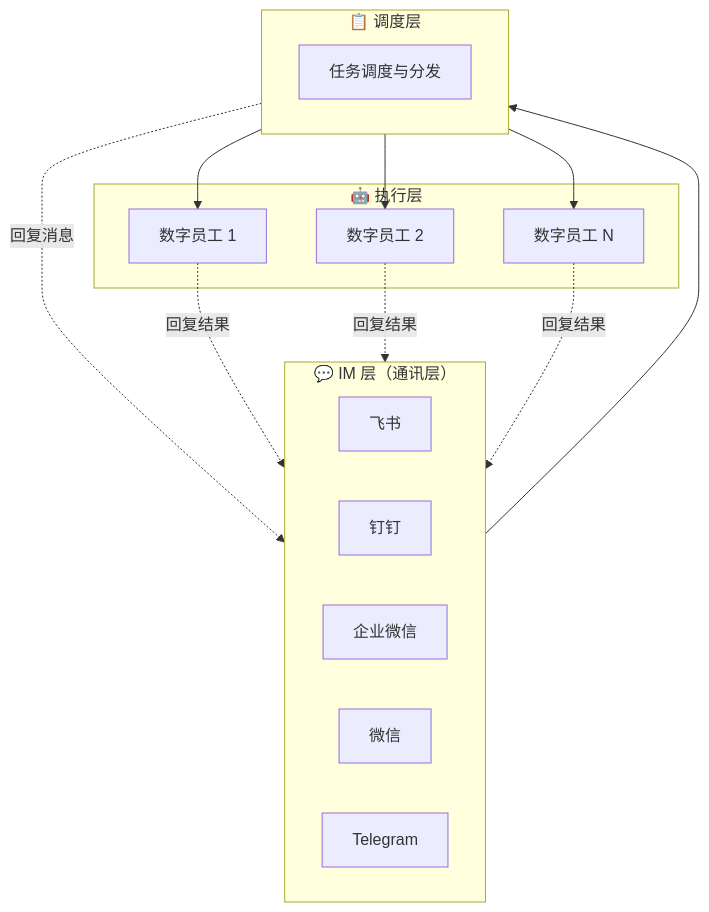
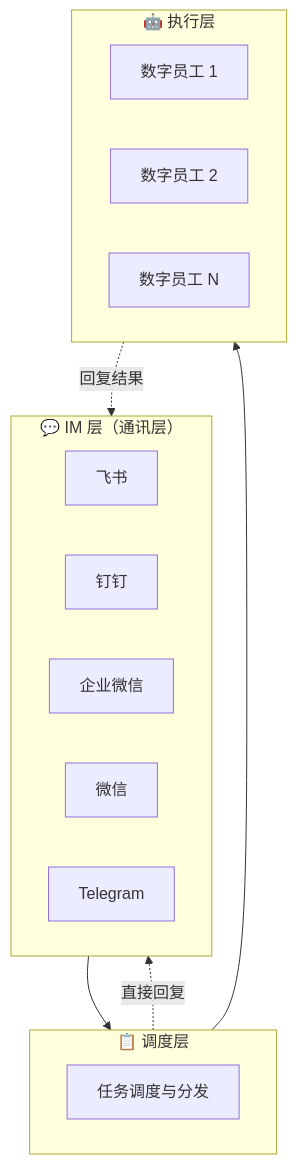
The diagram in content/docs/index.cn.mdx (theopenbee/docs), drawn with Mermaid before and after one commit. The commit also changed 1 other file, not shown here.

Commit message:
docs: fix How It Works diagram layout to keep IM layer at top

````diff
--- a/content/docs/index.cn.mdx
+++ b/content/docs/index.cn.mdx
@@ -21,29 +21,25 @@
 ```mermaid
 graph TD
     subgraph IM["💬 IM 层（通讯层）"]
         A1["飞书"]
         A2["钉钉"]
         A3["企业微信"]
         A4["微信"]
         A5["Telegram"]
     end
 
     subgraph SCHED["📋 调度层"]
         B["任务调度与分发"]
     end
 
     subgraph EXEC["🤖 执行层"]
         C1["数字员工 1"]
         C2["数字员工 2"]
         C3["数字员工 N"]
     end
 
     IM --> SCHED
-    SCHED -. "回复消息" .-> IM
-    SCHED --> C1
-    SCHED --> C2
-    SCHED --> C3
-    C1 -. "回复结果" .-> IM
-    C2 -. "回复结果" .-> IM
-    C3 -. "回复结果" .-> IM
+    SCHED --> EXEC
+    SCHED -. "直接回复" .-> IM
+    EXEC -. "回复结果" .-> IM
 ```
````
